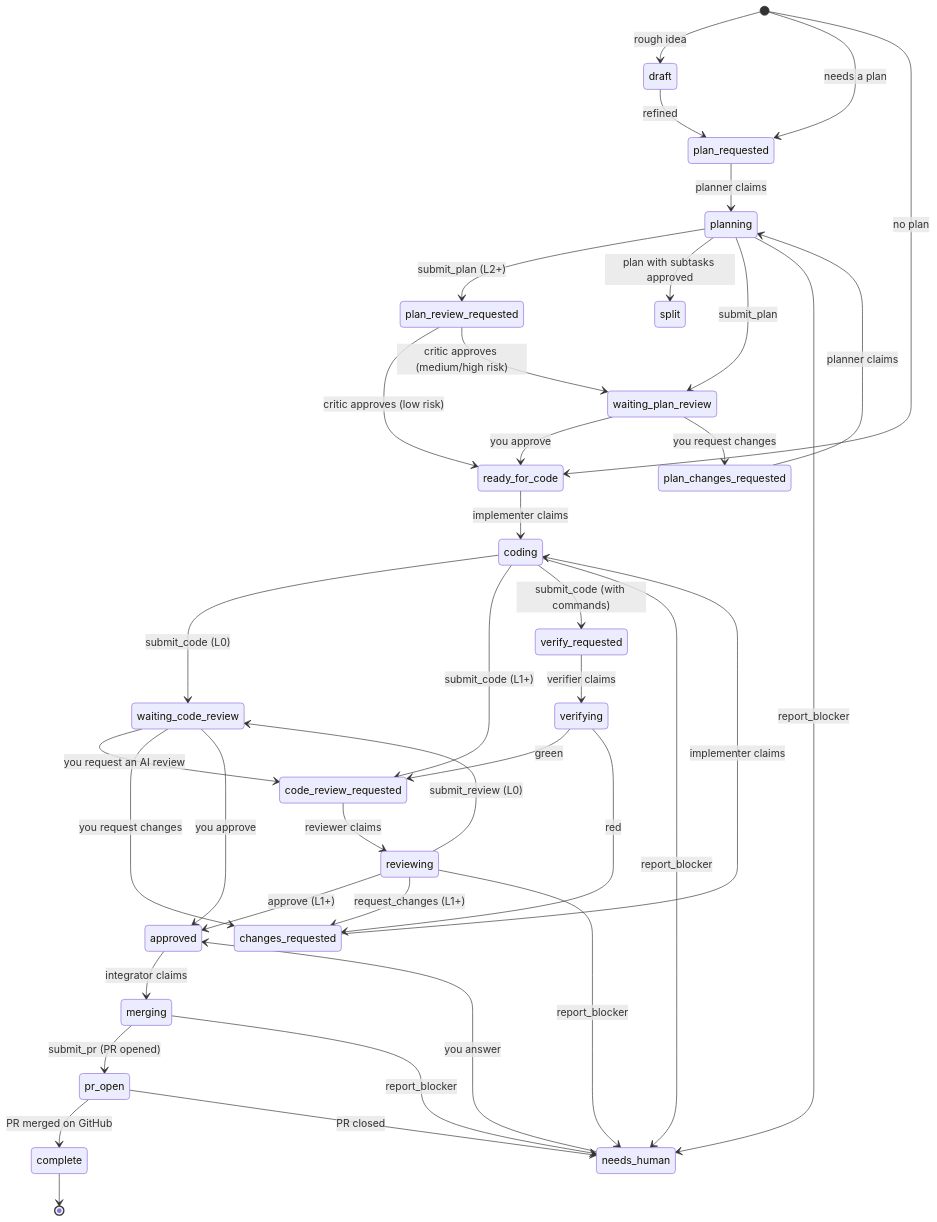
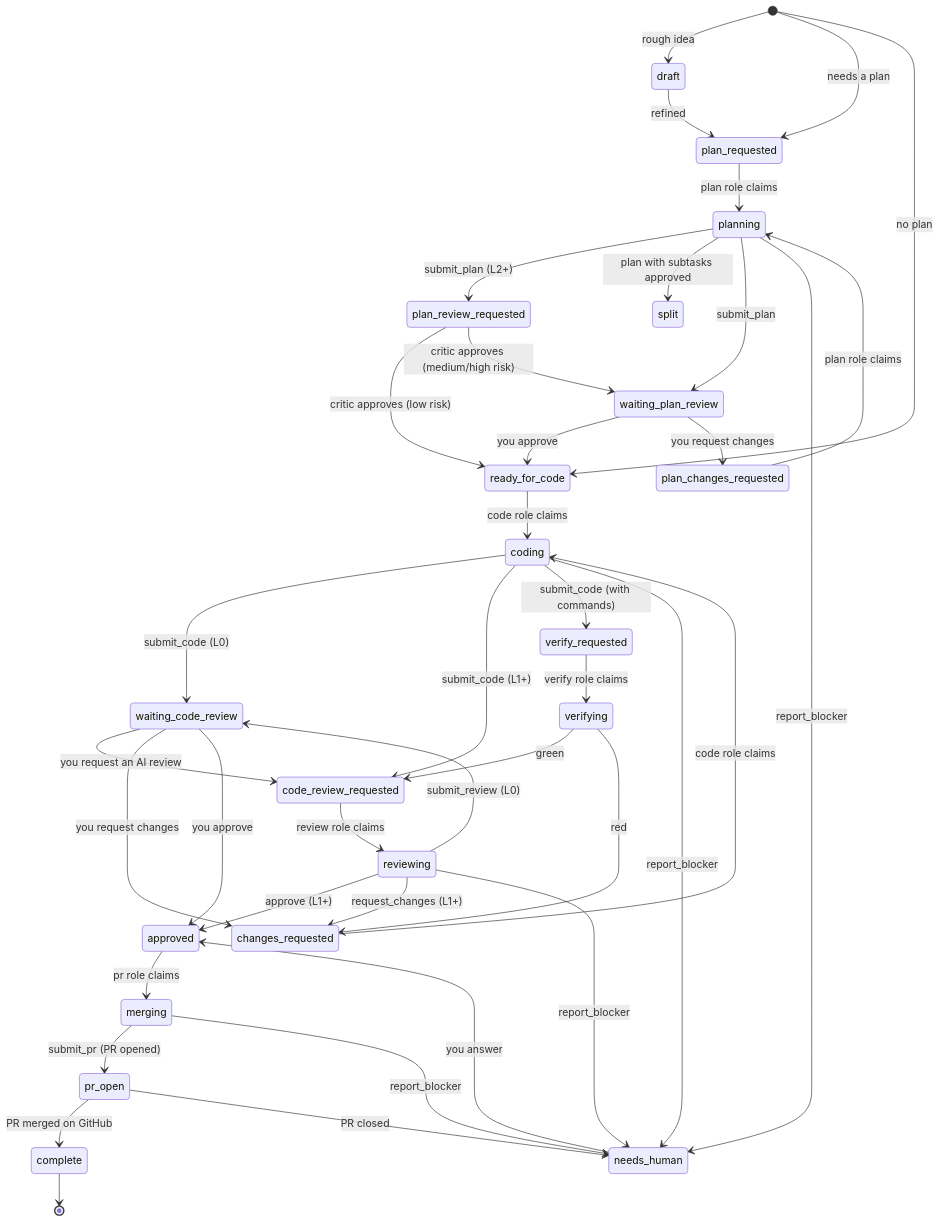
Before and after one commit to sergiowero/agent-task-queue: the second of 2 diagrams in README.md, drawn with Mermaid. The commit also changed other lines of this file and 42 other files, not shown here.

````diff
--- a/README.md
+++ b/README.md
@@ -151,41 +151,41 @@
 ```mermaid
 stateDiagram-v2
     [*] --> draft: rough idea
     draft --> plan_requested: refined
     [*] --> plan_requested: needs a plan
     planning --> plan_review_requested: submit_plan (L2+)
     plan_review_requested --> ready_for_code: critic approves (low risk)
     plan_review_requested --> waiting_plan_review: critic approves (medium/high risk)
     planning --> split: plan with subtasks approved
     [*] --> ready_for_code: no plan
-    plan_requested --> planning: planner claims
+    plan_requested --> planning: plan role claims
     planning --> waiting_plan_review: submit_plan
     waiting_plan_review --> ready_for_code: you approve
     waiting_plan_review --> plan_changes_requested: you request changes
-    plan_changes_requested --> planning: planner claims
-    ready_for_code --> coding: implementer claims
+    plan_changes_requested --> planning: plan role claims
+    ready_for_code --> coding: code role claims
     coding --> waiting_code_review: submit_code (L0)
     coding --> code_review_requested: submit_code (L1+)
     coding --> verify_requested: submit_code (with commands)
-    verify_requested --> verifying: verifier claims
+    verify_requested --> verifying: verify role claims
     verifying --> code_review_requested: green
     verifying --> changes_requested: red
     reviewing --> approved: approve (L1+)
     reviewing --> changes_requested: request_changes (L1+)
     waiting_code_review --> code_review_requested: you request an AI review
-    code_review_requested --> reviewing: reviewer claims
+    code_review_requested --> reviewing: review role claims
     reviewing --> waiting_code_review: submit_review (L0)
     waiting_code_review --> changes_requested: you request changes
-    changes_requested --> coding: implementer claims
+    changes_requested --> coding: code role claims
     waiting_code_review --> approved: you approve
-    approved --> merging: integrator claims
+    approved --> merging: pr role claims
     merging --> pr_open: submit_pr (PR opened)
     pr_open --> complete: PR merged on GitHub
     pr_open --> needs_human: PR closed
     complete --> [*]
     planning --> needs_human: report_blocker
     coding --> needs_human: report_blocker
     reviewing --> needs_human: report_blocker
     merging --> needs_human: report_blocker
     needs_human --> approved: you answer
 ```
````
